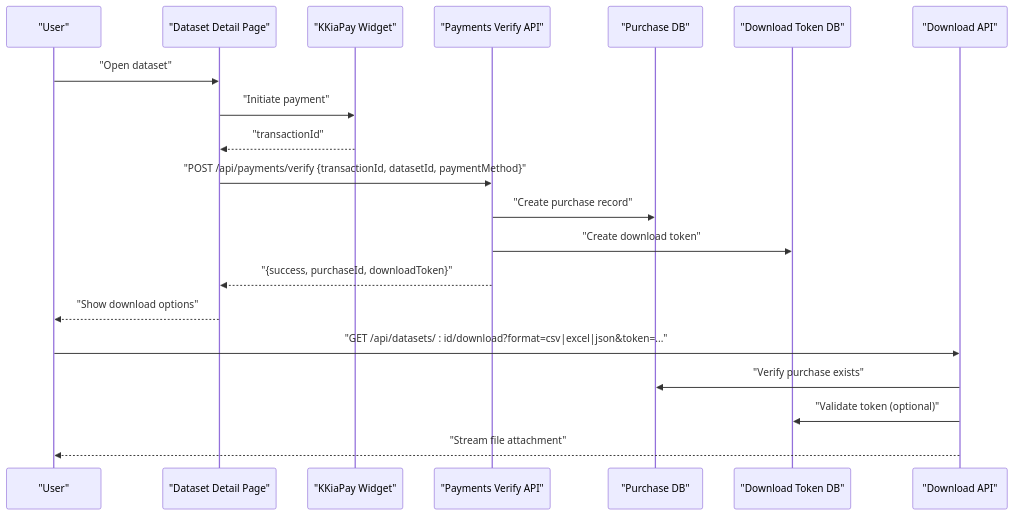
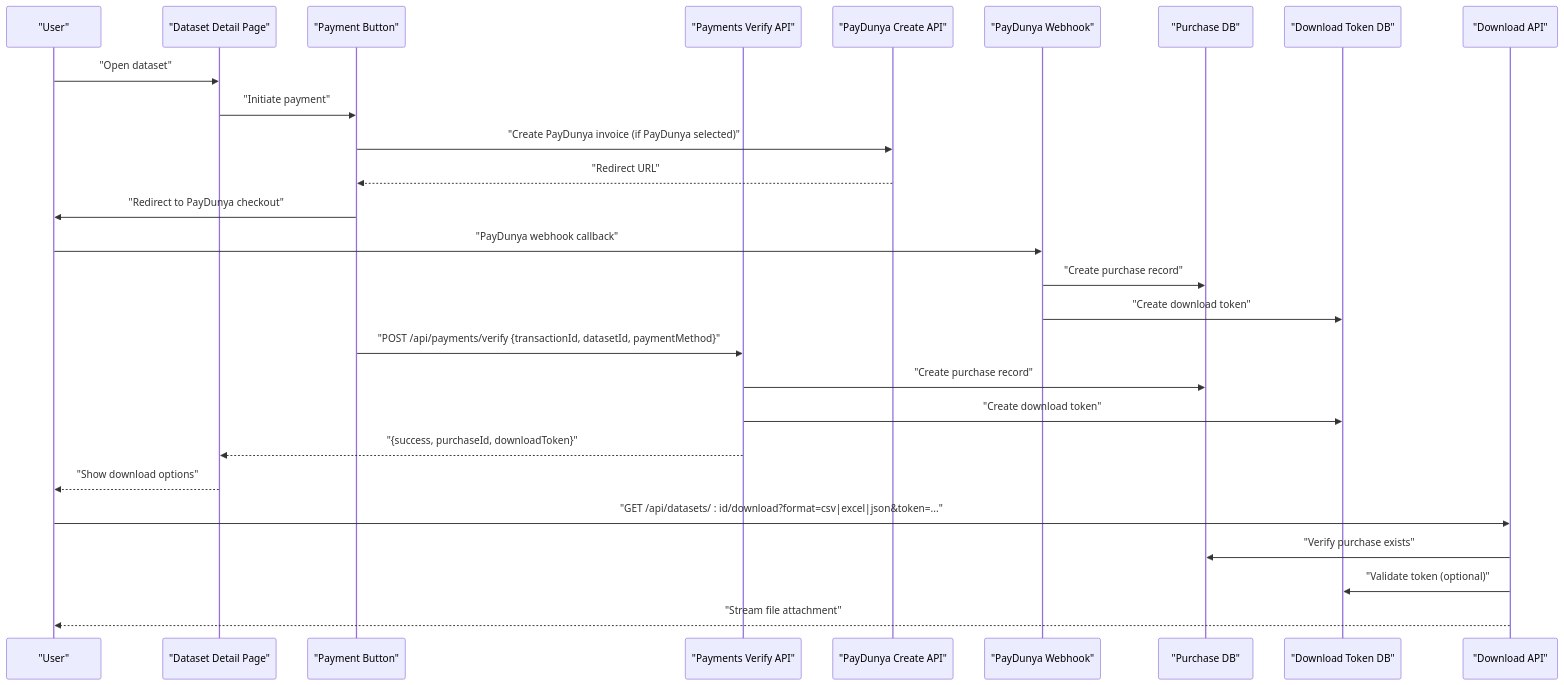
One commit to alikizang/datafrica changed the second of 13 diagrams in .qoder/repowiki/en/content/Payment System/Purchase Management.md. Above: the diagram before and after it, drawn with Mermaid. The commit also changed other lines of this file and 21 other files, not shown here.

````diff
--- a/.qoder/repowiki/en/content/Payment System/Purchase Management.md
+++ b/.qoder/repowiki/en/content/Payment System/Purchase Management.md
@@ -128,22 +179,29 @@
 ```mermaid
 sequenceDiagram
 participant U as "User"
 participant UI as "Dataset Detail Page"
-participant K as "KKiaPay Widget"
+participant PB as "Payment Button"
 participant V as "Payments Verify API"
+participant PC as "PayDunya Create API"
+participant PW as "PayDunya Webhook"
 participant P as "Purchase DB"
 participant T as "Download Token DB"
 participant D as "Download API"
 U->>UI : "Open dataset"
-UI->>K : "Initiate payment"
-K-->>UI : "transactionId"
-UI->>V : "POST /api/payments/verify {transactionId, datasetId, paymentMethod}"
+UI->>PB : "Initiate payment"
+PB->>PC : "Create PayDunya invoice (if PayDunya selected)"
+PC-->>PB : "Redirect URL"
+PB->>U : "Redirect to PayDunya checkout"
+U->>PW : "PayDunya webhook callback"
+PW->>P : "Create purchase record"
+PW->>T : "Create download token"
+PB->>V : "POST /api/payments/verify {transactionId, datasetId, paymentMethod}"
 V->>P : "Create purchase record"
 V->>T : "Create download token"
 V-->>UI : "{success, purchaseId, downloadToken}"
 UI-->>U : "Show download options"
 U->>D : "GET /api/datasets/ : id/download?format=csv|excel|json&token=..."
 D->>P : "Verify purchase exists"
 D->>T : "Validate token (optional)"
 D-->>U : "Stream file attachment"
 ```
````
